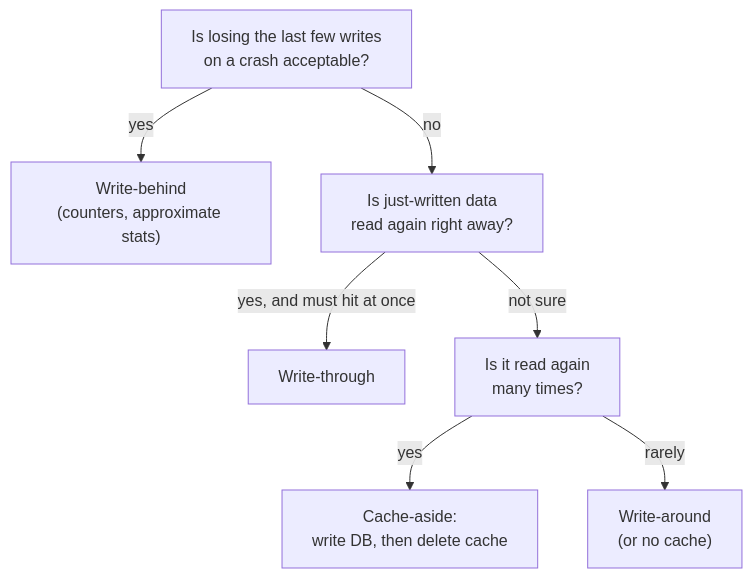
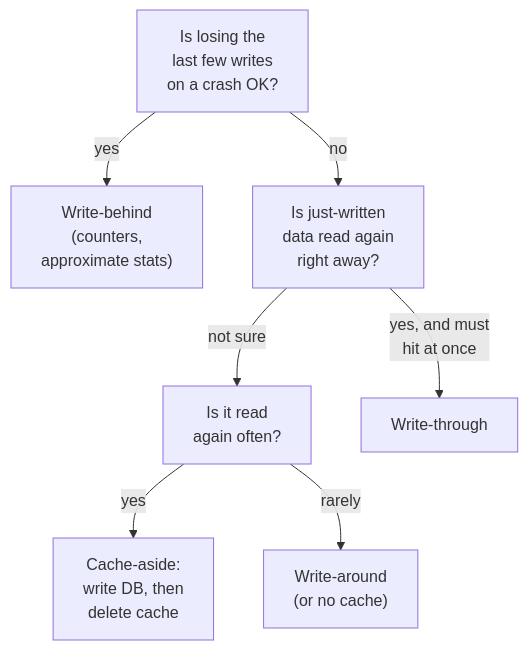
Before and after one commit to duongbui234/software-engineering-atlas: the second of 2 diagrams in content/en/posts/2026-11-22-caching-patterns.md, drawn with Mermaid. The commit also changed other lines of this file and 134 other files, not shown here.

First line of the commit message:
Fit every Mermaid diagram at 390px without sideways scroll (#56)

````diff
--- a/content/en/posts/2026-11-22-caching-patterns.md
+++ b/content/en/posts/2026-11-22-caching-patterns.md
@@ -160,9 +161,9 @@
 ```mermaid
 flowchart TB
-    Q1["Is losing the last few writes<br/>on a crash acceptable?"] -->|"yes"| WB["Write-behind<br/>(counters, approximate stats)"]
-    Q1 -->|"no"| Q2["Is just-written data<br/>read again right away?"]
-    Q2 -->|"yes, and must hit at once"| WT["Write-through"]
-    Q2 -->|"not sure"| Q3["Is it read again<br/>many times?"]
-    Q3 -->|"yes"| CA["Cache-aside:<br/>write DB, then delete cache"]
+    Q1["Is losing the<br/>last few writes<br/>on a crash OK?"] -->|"yes"| WB["Write-behind<br/>(counters,<br/>approximate stats)"]
+    Q1 -->|"no"| Q2["Is just-written<br/>data read again<br/>right away?"]
+    Q2 -->|"not sure"| Q3["Is it read<br/>again often?"]
+    Q2 -->|"yes, and must<br/>hit at once"| WT["Write-through"]
+    Q3 -->|"yes"| CA["Cache-aside:<br/>write DB, then<br/>delete cache"]
     Q3 -->|"rarely"| WA["Write-around<br/>(or no cache)"]
 ```
````
